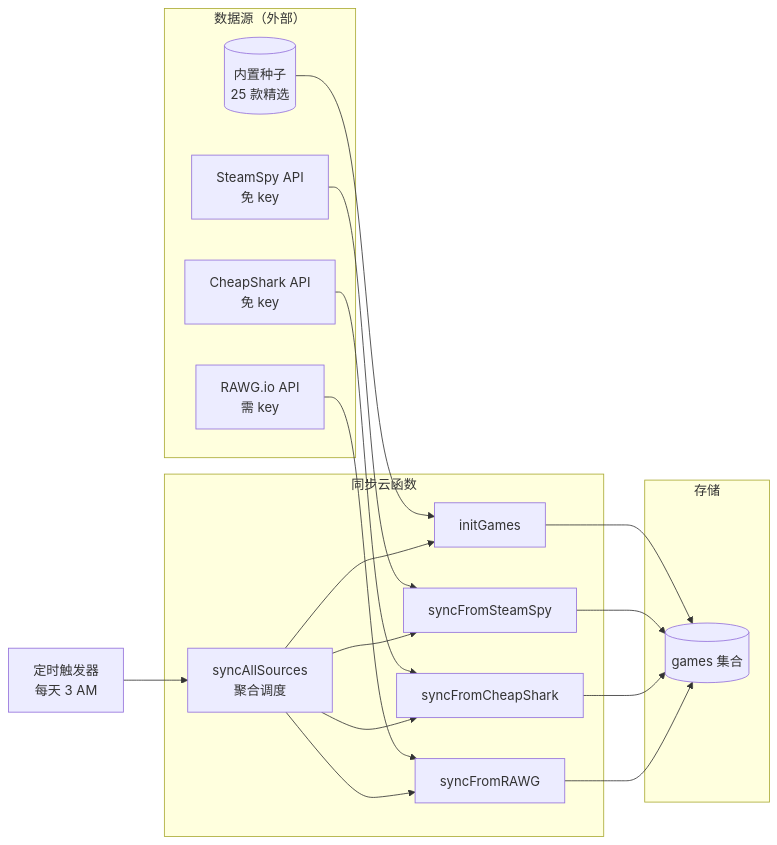
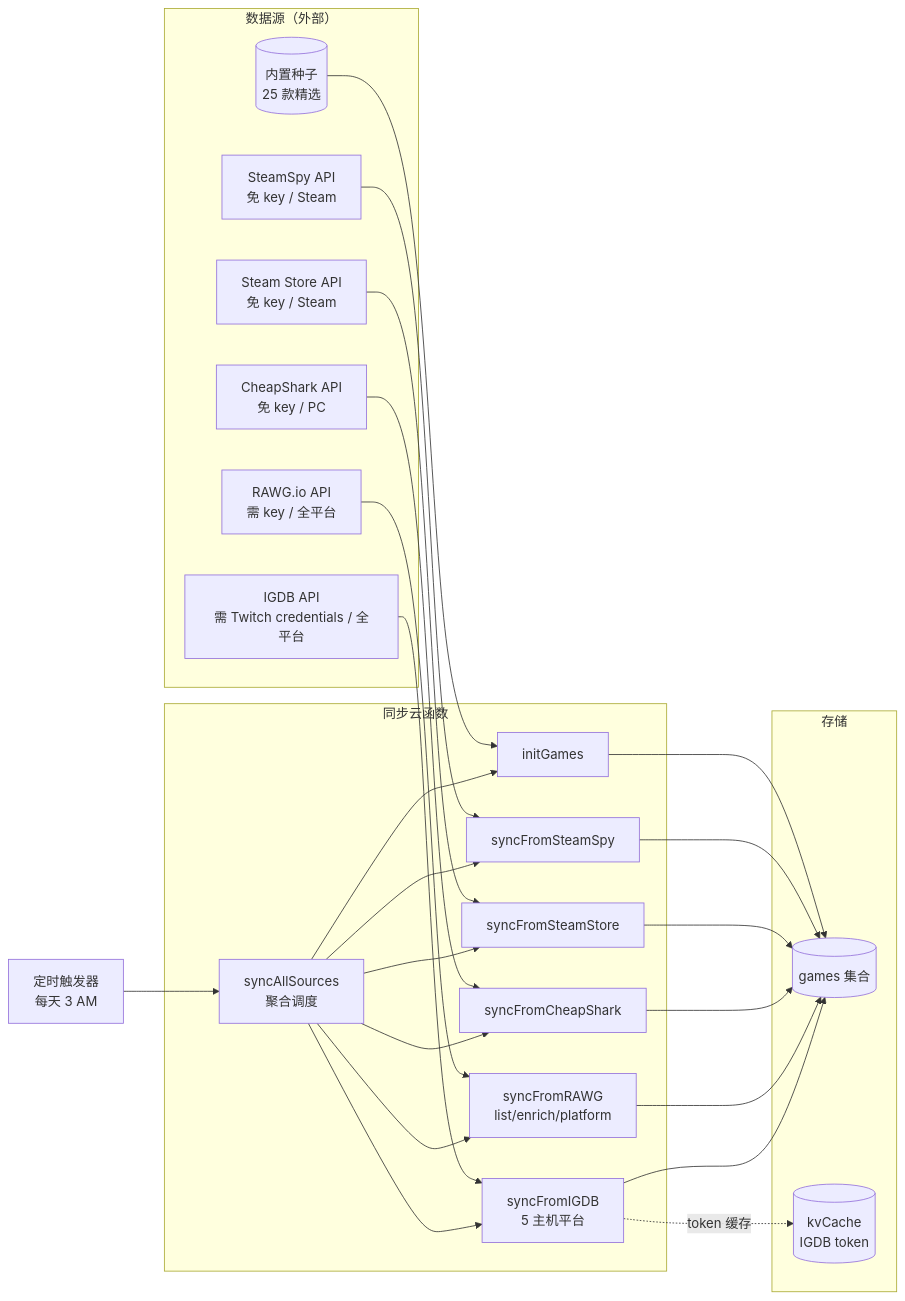
Before and after one commit to yuqiao-yq/GameCurior_wx: the sixth of 7 diagrams in docs/DESIGN.md, drawn with Mermaid. The commit also changed other lines of this file and 6 other files, not shown here.

First line of the commit message:
feat(sync): 补全主机平台数据源（RAWG platform + IGDB）

````diff
--- a/docs/DESIGN.md
+++ b/docs/DESIGN.md
@@ -367,30 +369,38 @@
 ```mermaid
 flowchart LR
     subgraph Sources["数据源（外部）"]
         Seed[(内置种子<br/>25 款精选)]
-        SteamSpy[SteamSpy API<br/>免 key]
-        CheapShark[CheapShark API<br/>免 key]
-        RAWG[RAWG.io API<br/>需 key]
+        SteamSpy[SteamSpy API<br/>免 key / Steam]
+        SteamStore[Steam Store API<br/>免 key / Steam]
+        CheapShark[CheapShark API<br/>免 key / PC]
+        RAWG[RAWG.io API<br/>需 key / 全平台]
+        IGDB[IGDB API<br/>需 Twitch credentials / 全平台]
     end
 
     subgraph SyncCF["同步云函数"]
         F1[initGames]
         F2[syncFromSteamSpy]
+        F2b[syncFromSteamStore]
         F3[syncFromCheapShark]
-        F4[syncFromRAWG]
+        F4[syncFromRAWG<br/>list/enrich/platform]
+        F5[syncFromIGDB<br/>5 主机平台]
         F0[syncAllSources<br/>聚合调度]
     end
 
     subgraph Storage["存储"]
         DB[(games 集合)]
+        KV[(kvCache<br/>IGDB token)]
     end
 
     Cron[定时触发器<br/>每天 3 AM] --> F0
 
     Seed --> F1 --> DB
     SteamSpy --> F2 --> DB
+    SteamStore --> F2b --> DB
     CheapShark --> F3 --> DB
     RAWG --> F4 --> DB
+    IGDB --> F5 --> DB
+    F5 -.token 缓存.-> KV
 
-    F0 --> F1 & F2 & F3 & F4
+    F0 --> F1 & F2 & F2b & F3 & F4 & F5
 ```
````
